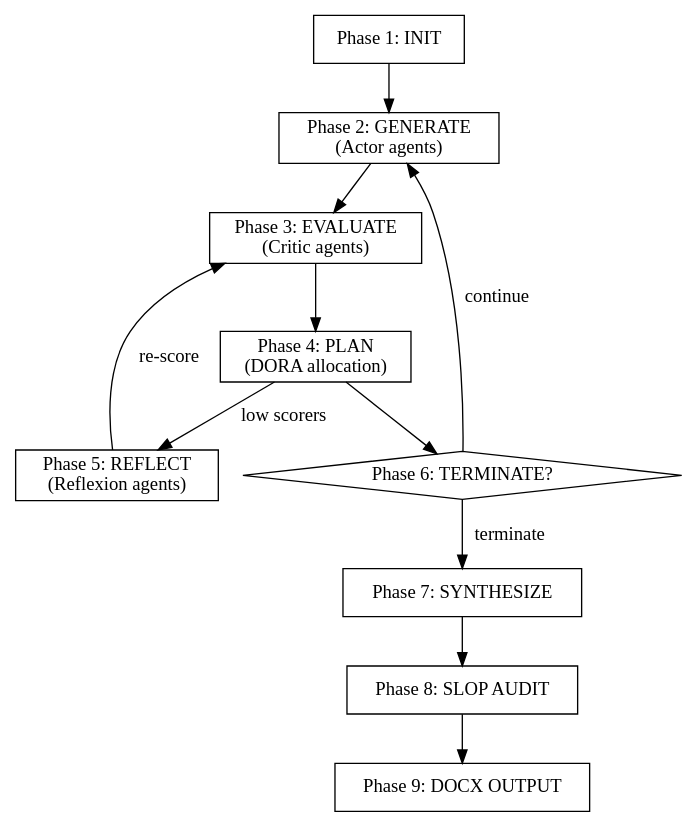
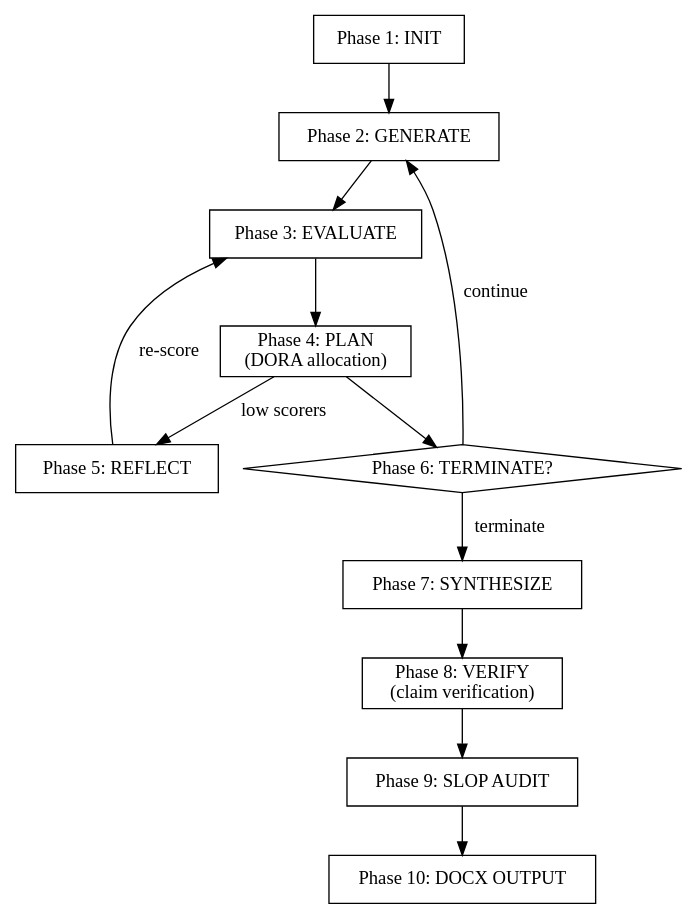
Before and after one commit to Raoof128/reasoning-engine: the diagram in skill/deep-research.md, drawn with Graphviz. The commit also changed other lines of this file and 5 other files, not shown here.

First line of the commit message:
docs: retire Crawl4AI/subagent architecture, document verifiable pipeline

````diff
--- a/skill/deep-research.md
+++ b/skill/deep-research.md
@@ -10,22 +11,23 @@
 ```dot
 digraph pipeline {
     rankdir=TB;
     INIT [label="Phase 1: INIT" shape=box];
-    GEN [label="Phase 2: GENERATE\n(Actor agents)" shape=box];
-    EVAL [label="Phase 3: EVALUATE\n(Critic agents)" shape=box];
+    GEN [label="Phase 2: GENERATE" shape=box];
+    EVAL [label="Phase 3: EVALUATE" shape=box];
     PLAN [label="Phase 4: PLAN\n(DORA allocation)" shape=box];
-    REFLECT [label="Phase 5: REFLECT\n(Reflexion agents)" shape=box];
+    REFLECT [label="Phase 5: REFLECT" shape=box];
     LOOP [label="Phase 6: TERMINATE?" shape=diamond];
     SYNTH [label="Phase 7: SYNTHESIZE" shape=box];
-    SLOP [label="Phase 8: SLOP AUDIT" shape=box];
-    DOCX [label="Phase 9: DOCX OUTPUT" shape=box];
+    VERIFY [label="Phase 8: VERIFY\n(claim verification)" shape=box];
+    SLOP [label="Phase 9: SLOP AUDIT" shape=box];
+    DOCX [label="Phase 10: DOCX OUTPUT" shape=box];
 
     INIT -> GEN -> EVAL -> PLAN;
     PLAN -> REFLECT [label="low scorers"];
     PLAN -> LOOP;
     REFLECT -> EVAL [label="re-score"];
     LOOP -> GEN [label="continue"];
     LOOP -> SYNTH [label="terminate"];
-    SYNTH -> SLOP -> DOCX;
+    SYNTH -> VERIFY -> SLOP -> DOCX;
 }
 ```
````
